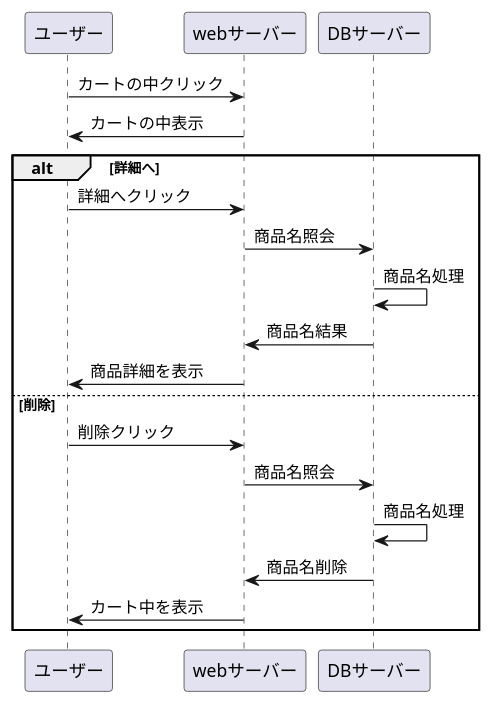
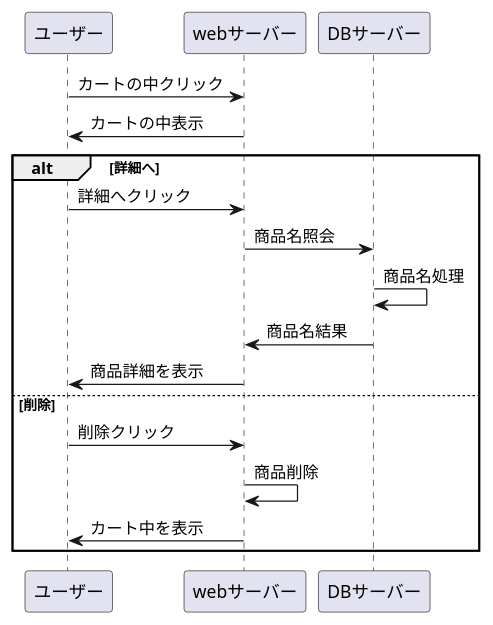
The diagram in ka-toin.md (Aso2001403/2021sys-design), drawn with PlantUML before and after one commit.

````diff
--- a/ka-toin.md
+++ b/ka-toin.md
@@ -1,24 +1,22 @@
 ```uml
 @startuml
  ユーザー -> webサーバー : カートの中クリック
  webサーバー -> ユーザー : カートの中表示
  
 
 
  alt 詳細へ
 ユーザー -> webサーバー : 詳細へクリック
 webサーバー -> DBサーバー : 商品名照会
 DBサーバー -> DBサーバー : 商品名処理
 DBサーバー -> webサーバー : 商品名結果
 webサーバー -> ユーザー : 商品詳細を表示
  else 削除
 ユーザー -> webサーバー : 削除クリック
-webサーバー -> DBサーバー : 商品名照会
-DBサーバー -> DBサーバー : 商品名処理
-DBサーバー -> webサーバー : 商品名削除
+webサーバー -> webサーバー : 商品削除
 webサーバー -> ユーザー : カート中を表示
  end
 
 
 @enduml
 ```
````
